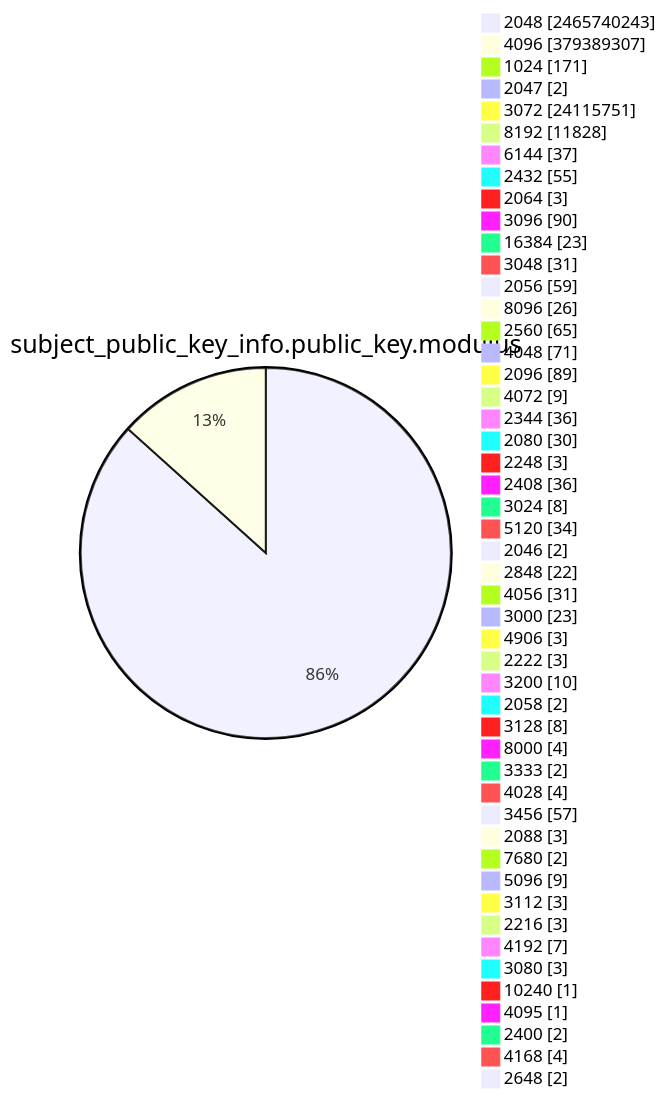
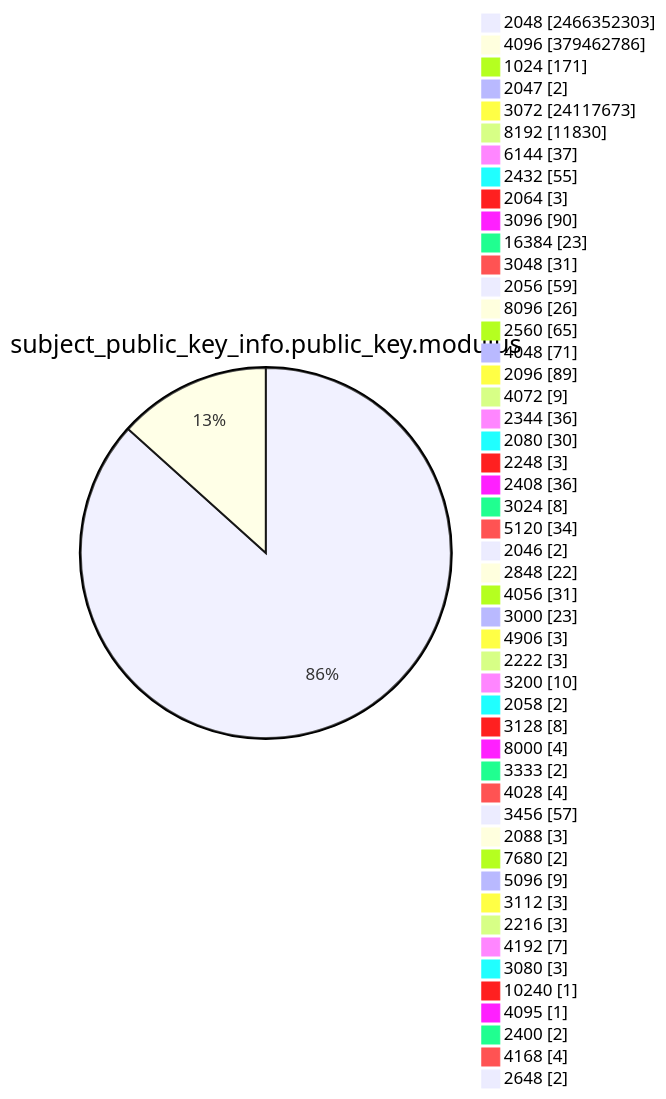
Diagram 13 of 15 in TOTAL/README.md (christiankrug/ctmonitor_visualization), drawn with Mermaid before and after one commit. The commit also changed other lines of this file, not shown here.

````diff
--- a/TOTAL/README.md
+++ b/TOTAL/README.md
@@ -4168,53 +4168,53 @@
 ```mermaid
 pie showData
 title subject_public_key_info.public_key.modulus
-"2048" :2465740243
-"4096" :379389307
+"2048" :2466352303
+"4096" :379462786
 "1024" :171
 "2047" :2
-"3072" :24115751
-"8192" :11828
+"3072" :24117673
+"8192" :11830
 "6144" :37
 "2432" :55
 "2064" :3
 "3096" :90
 "16384" :23
 "3048" :31
 "2056" :59
 "8096" :26
 "2560" :65
 "4048" :71
 "2096" :89
 "4072" :9
 "2344" :36
 "2080" :30
 "2248" :3
 "2408" :36
 "3024" :8
 "5120" :34
 "2046" :2
 "2848" :22
 "4056" :31
 "3000" :23
 "4906" :3
 "2222" :3
 "3200" :10
 "2058" :2
 "3128" :8
 "8000" :4
 "3333" :2
 "4028" :4
 "3456" :57
 "2088" :3
 "7680" :2
 "5096" :9
 "3112" :3
 "2216" :3
 "4192" :7
 "3080" :3
 "10240" :1
 "4095" :1
 "2400" :2
 "4168" :4
 "2648" :2
 ```
````
